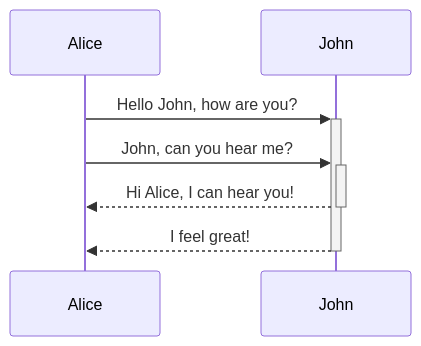
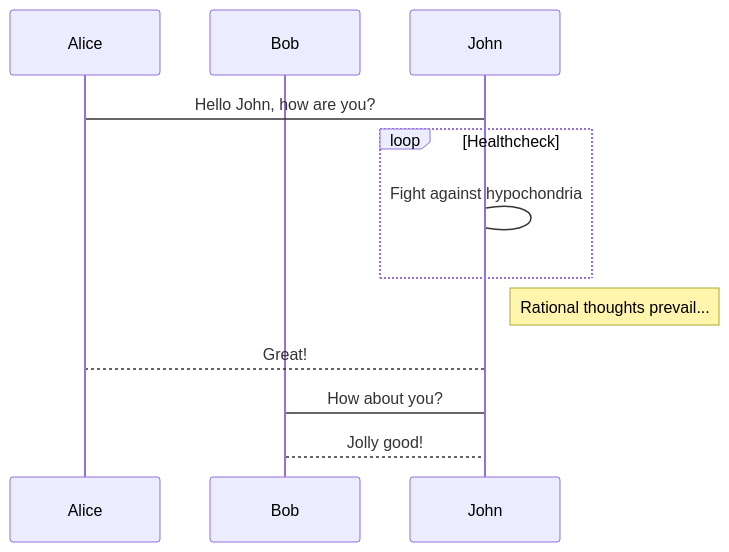
Before and after one commit to PDConSec/vsc-print: the second of 8 diagrams in src/test/kroki.md, drawn with Mermaid. The commit also changed other lines of this file and 1 other file, not shown here.

Commit message:
fix remaining diagram types

````diff
--- a/src/test/kroki.md
+++ b/src/test/kroki.md
@@ -16,7 +21,13 @@
 ```mermaid
 sequenceDiagram
-    Alice->>+John: Hello John, how are you?
-    Alice->>+John: John, can you hear me?
-    John-->>-Alice: Hi Alice, I can hear you!
-    John-->>-Alice: I feel great!
+    participant Alice
+    participant Bob
+    Alice->John: Hello John, how are you?
+    loop Healthcheck
+        John->John: Fight against hypochondria
+    end
+    Note right of John: Rational thoughts prevail...
+    John-->Alice: Great!
+    John->Bob: How about you?
+    Bob-->John: Jolly good!
 ```
````
